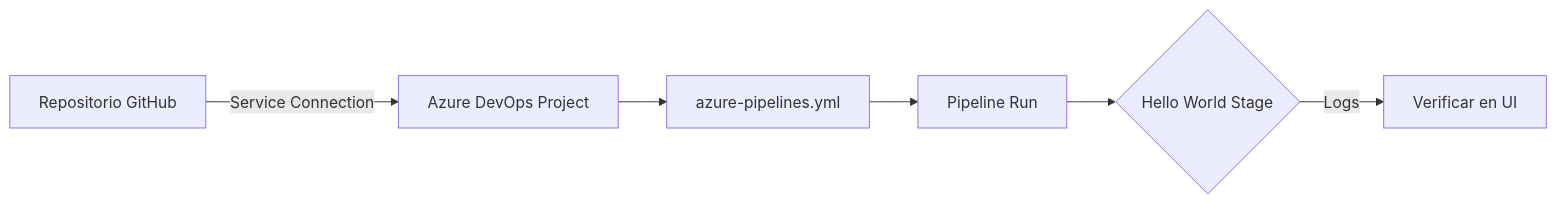
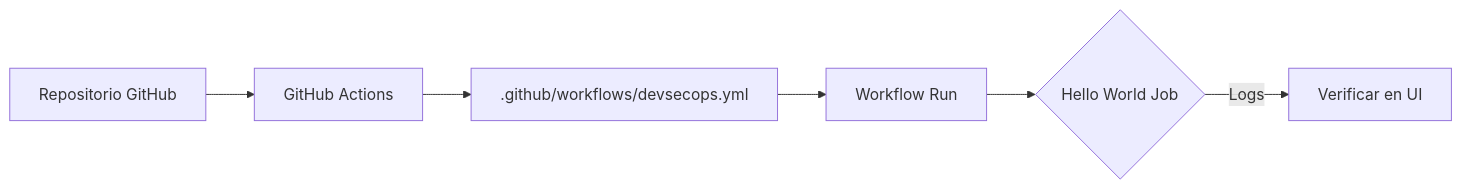
One commit to jhonsanchez/workshop-devsecops-pipelines changed the diagram in docs/lab01-setup/index.md. Above: the diagram before and after it, drawn with Mermaid. The commit also changed other lines of this file and 52 other files, not shown here.

First line of the commit message:
feat: pivot workshop from Azure DevOps to GitHub Actions

````diff
--- a/docs/lab01-setup/index.md
+++ b/docs/lab01-setup/index.md
@@ -36,8 +36,8 @@
 ```mermaid
 graph LR
-    A[Repositorio GitHub] -->|Service Connection| B[Azure DevOps Project]
-    B --> C[azure-pipelines.yml]
-    C --> D[Pipeline Run]
-    D --> E{Hello World Stage}
+    A[Repositorio GitHub] --> B[GitHub Actions]
+    B --> C[.github/workflows/devsecops.yml]
+    C --> D[Workflow Run]
+    D --> E{Hello World Job}
     E -->|Logs| F[Verificar en UI]
 ```
````
